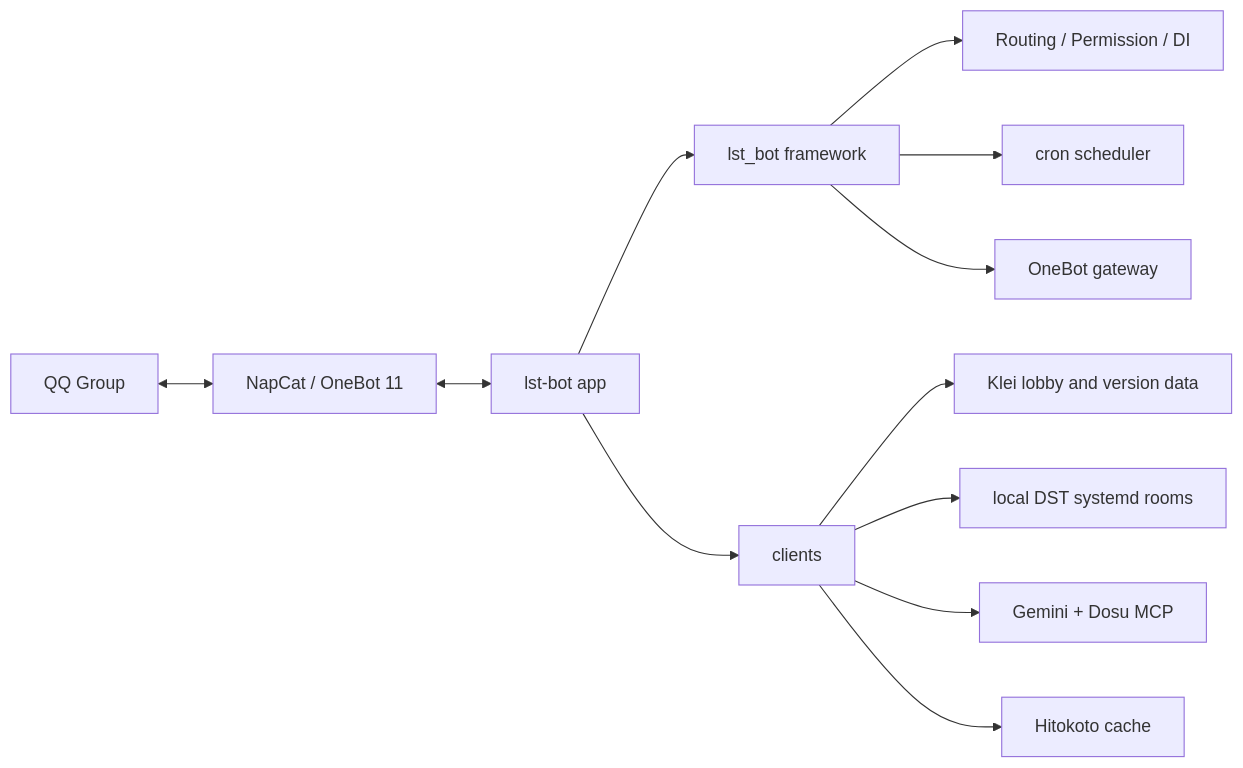
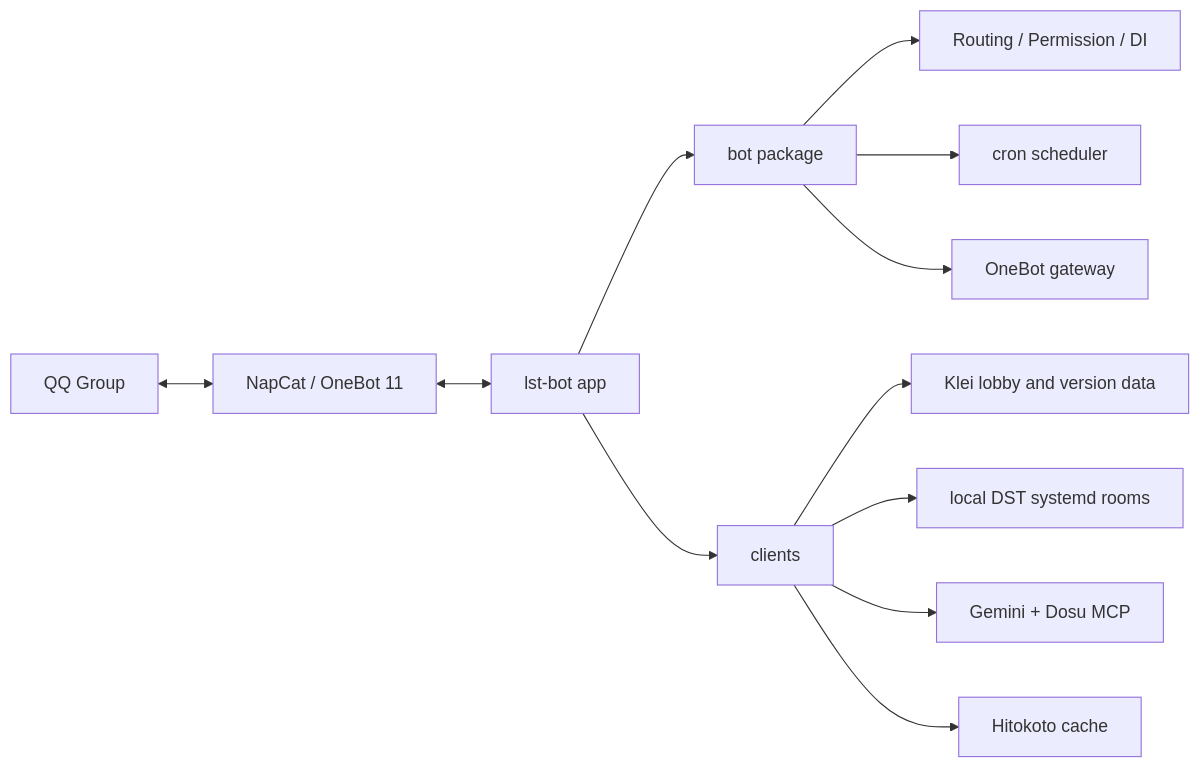
Before and after one commit to WH-2099/lst-bot: the diagram in README.md, drawn with Mermaid. The commit also changed other lines of this file and 131 other files, not shown here.

````diff
--- a/README.md
+++ b/README.md
@@ -24,16 +24,16 @@
 ```mermaid
 flowchart LR
     QQ[QQ Group] <--> NapCat[NapCat / OneBot 11]
     NapCat <--> Bot[lst-bot app]
 
-    Bot --> Framework[lst_bot framework]
+    Bot --> Framework[bot package]
     Framework --> Router[Routing / Permission / DI]
     Framework --> Scheduler[cron scheduler]
     Framework --> Gateway[OneBot gateway]
 
     Bot --> Clients[clients]
     Clients --> Klei[Klei lobby and version data]
     Clients --> DST[local DST systemd rooms]
     Clients --> AI[Gemini + Dosu MCP]
     Clients --> Hitokoto[Hitokoto cache]
 ```
````
